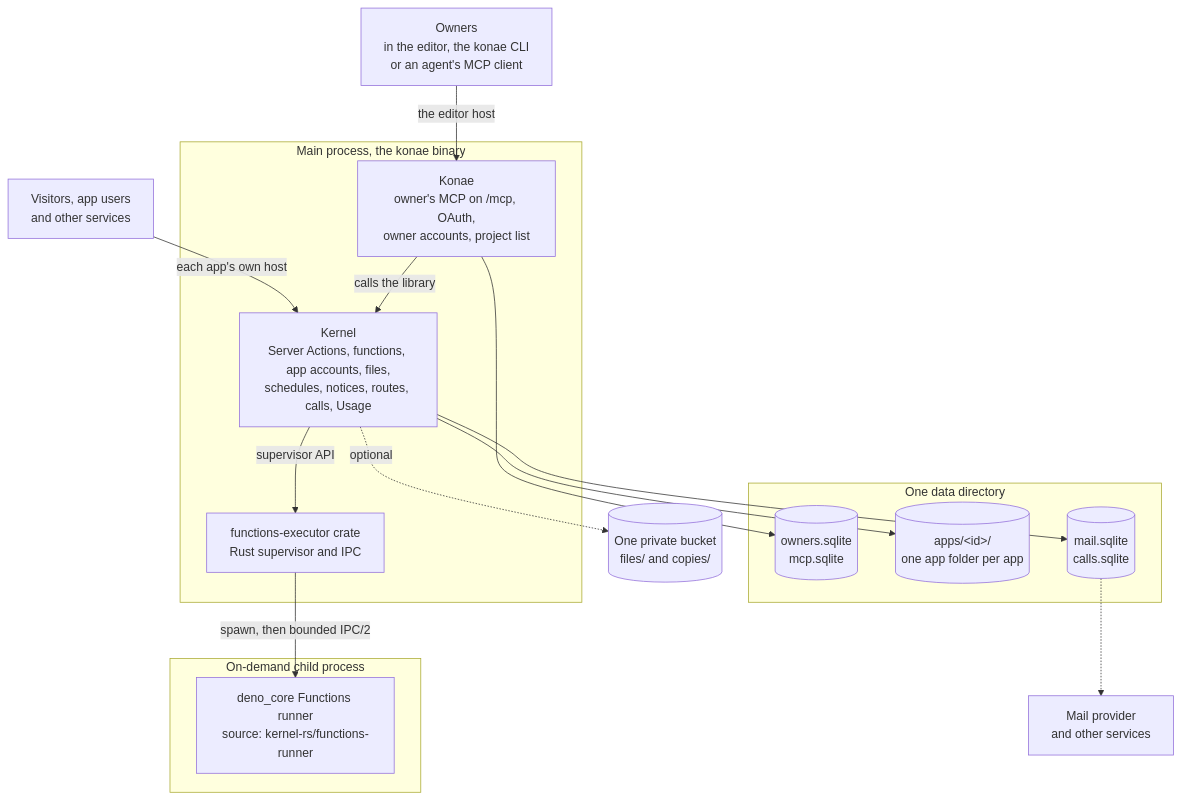
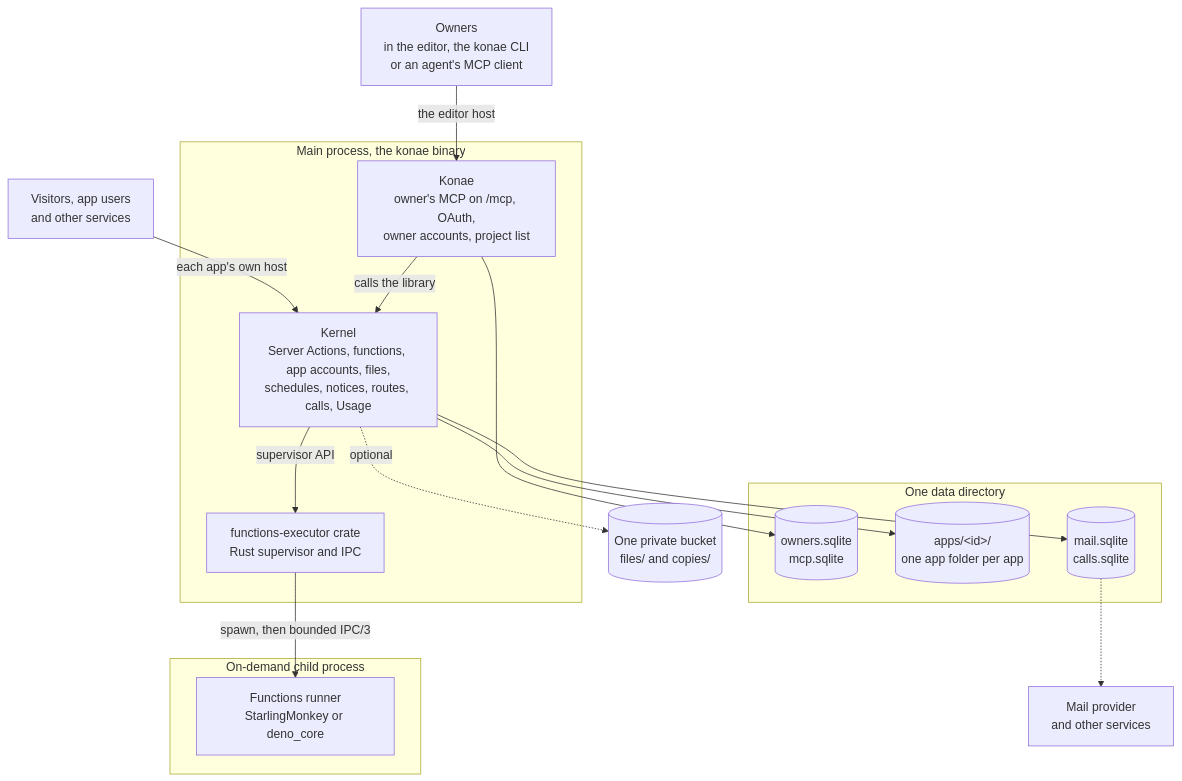
Before and after one commit to danibram/konae: the first of 3 diagrams in docs/architecture.md, drawn with Mermaid. The commit also changed other lines of this file and 298 other files, not shown here.

First line of the commit message:
feat: run portable server functions on StarlingMonkey (#52)

````diff
--- a/docs/architecture.md
+++ b/docs/architecture.md
@@ -11,28 +11,28 @@
 ```mermaid
 flowchart TB
   OWN["Owners<br/>in the editor, the konae CLI<br/>or an agent's MCP client"]
   RUN["Visitors, app users<br/>and other services"]
   subgraph process["Main process, the konae binary"]
     KO["Konae<br/>owner's MCP on /mcp, OAuth,<br/>owner accounts, project list"]
     KE["Kernel<br/>Server Actions, functions, app accounts, files,<br/>schedules, notices, routes, calls, Usage"]
     FX["functions-executor crate<br/>Rust supervisor and IPC"]
   end
   subgraph child["On-demand child process"]
-    RUNNER["deno_core Functions runner<br/>source: kernel-rs/functions-runner"]
+    RUNNER["Functions runner<br/>StarlingMonkey or deno_core"]
   end
   OWN -->|"the editor host"| KO
   RUN -->|"each app's own host"| KE
   KO -->|"calls the library"| KE
   KE -->|"supervisor API"| FX
-  FX -->|"spawn, then bounded IPC/2"| RUNNER
+  FX -->|"spawn, then bounded IPC/3"| RUNNER
   subgraph data["One data directory"]
     OWNERS[("owners.sqlite<br/>mcp.sqlite")]
     APPS[("apps/#lt;id#gt;/<br/>one app folder per app")]
     QUEUES[("mail.sqlite<br/>calls.sqlite")]
   end
   KO --> OWNERS
   KE --> APPS
   KE --> QUEUES
   KE -.->|"optional"| BUCKET[("One private bucket<br/>files/ and copies/")]
   QUEUES -.-> OUT["Mail provider<br/>and other services"]
 ```
````
